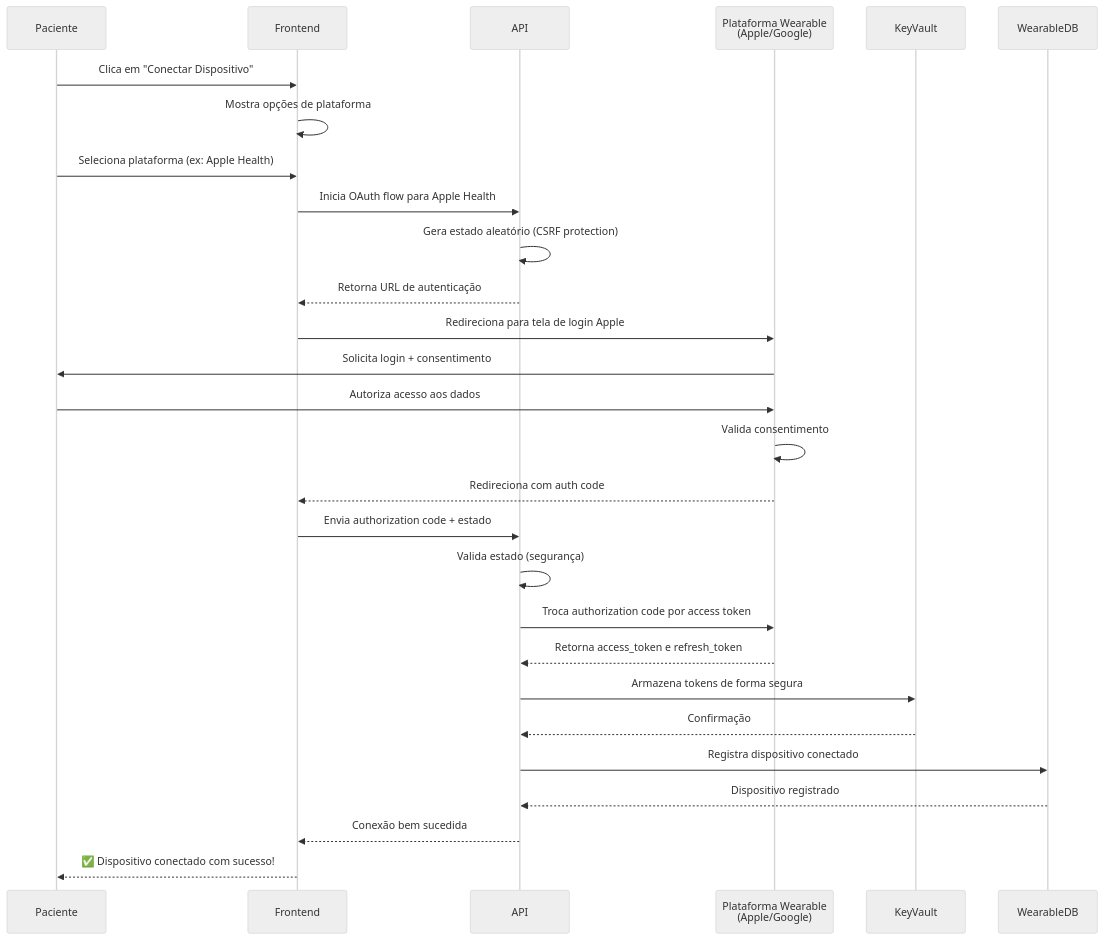
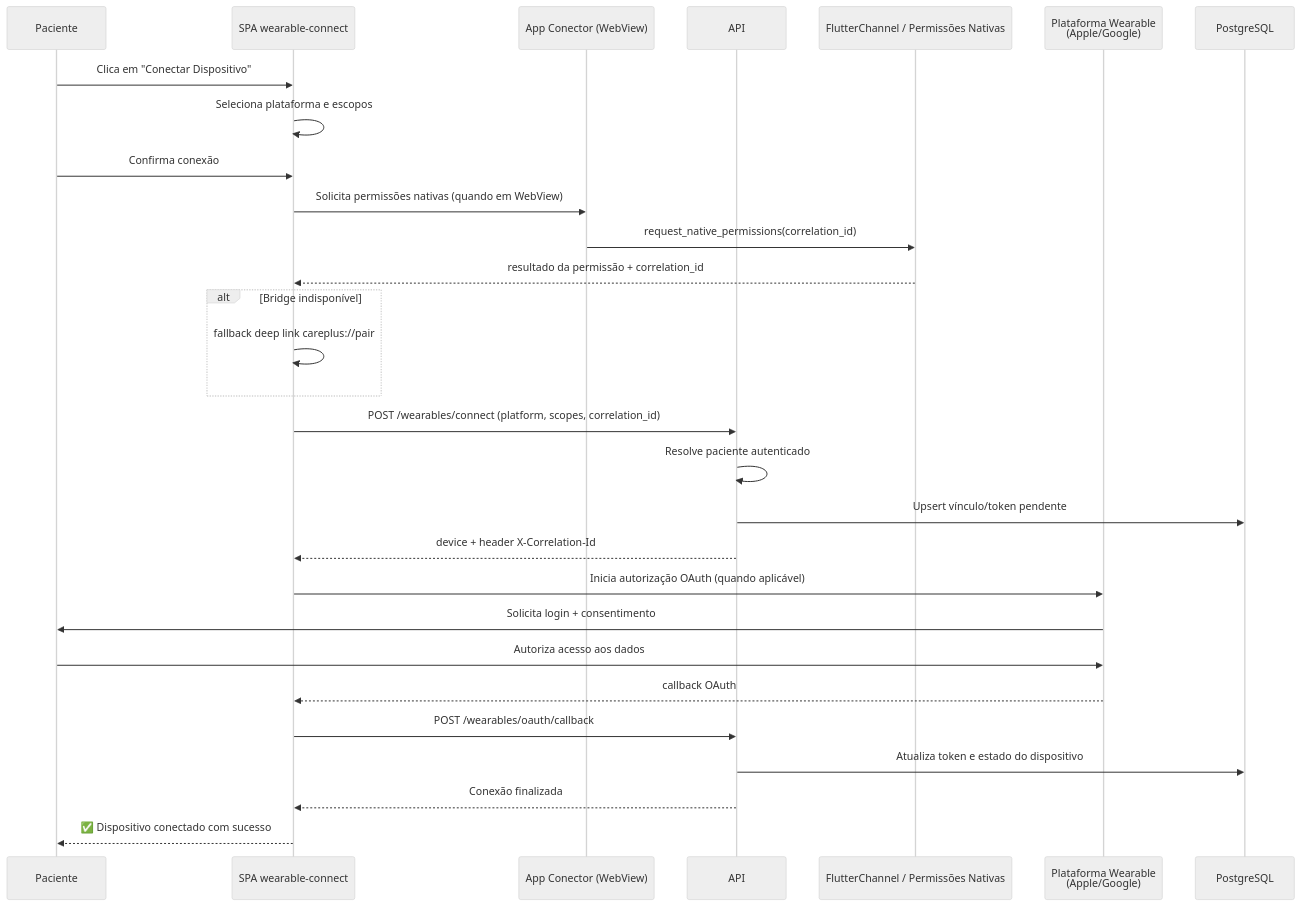
The first of 7 diagrams in DIAGRAMA DE SEQUENCIA.md (ccps1-care-predict/care-plus-ccps1), drawn with Mermaid (neutral theme) before and after one commit. The commit also changed other lines of this file and 7 other files, not shown here.

````diff
--- a/DIAGRAMA DE SEQUENCIA.md
+++ b/DIAGRAMA DE SEQUENCIA.md
@@ -21,44 +21,37 @@
 ```mermaid
 sequenceDiagram
 
 participant Paciente
-participant Frontend
+participant SPA as SPA wearable-connect
+participant Connector as App Conector (WebView)
 participant API
+participant Native as FlutterChannel / Permissões Nativas
 participant PlatformaWearable as Plataforma Wearable<br/>(Apple/Google)
-participant KeyVault
-participant WearableDB
+participant WearableDB as PostgreSQL
 
-Paciente->>Frontend: Clica em "Conectar Dispositivo"
-Frontend->>Frontend: Mostra opções de plataforma
-Paciente->>Frontend: Seleciona plataforma (ex: Apple Health)
+Paciente->>SPA: Clica em "Conectar Dispositivo"
+SPA->>SPA: Seleciona plataforma e escopos
+Paciente->>SPA: Confirma conexão
 
-Frontend->>API: Inicia OAuth flow para Apple Health
-API->>API: Gera estado aleatório (CSRF protection)
+SPA->>Connector: Solicita permissões nativas (quando em WebView)
+Connector->>Native: request_native_permissions(correlation_id)
+Native-->>SPA: resultado da permissão + correlation_id
 
-API-->>Frontend: Retorna URL de autenticação
+alt Bridge indisponível
+    SPA->>SPA: fallback deep link careplus://pair
+end
 
-Frontend->>PlatformaWearable: Redireciona para tela de login Apple
+SPA->>API: POST /wearables/connect (platform, scopes, correlation_id)
+API->>API: Resolve paciente autenticado
+API->>WearableDB: Upsert vínculo/token pendente
+API-->>SPA: device + header X-Correlation-Id
+
+SPA->>PlatformaWearable: Inicia autorização OAuth (quando aplicável)
 PlatformaWearable->>Paciente: Solicita login + consentimento
-
 Paciente->>PlatformaWearable: Autoriza acesso aos dados
-PlatformaWearable->>PlatformaWearable: Valida consentimento
-
-PlatformaWearable-->>Frontend: Redireciona com auth code
-
-Frontend->>API: Envia authorization code + estado
-
-API->>API: Valida estado (segurança)
-API->>PlatformaWearable: Troca authorization code por access token
-
-PlatformaWearable-->>API: Retorna access_token e refresh_token
-
-API->>KeyVault: Armazena tokens de forma segura
-KeyVault-->>API: Confirmação
-
-API->>WearableDB: Registra dispositivo conectado
-
-WearableDB-->>API: Dispositivo registrado
-
-API-->>Frontend: Conexão bem sucedida
-Frontend-->>Paciente: ✅ Dispositivo conectado com sucesso!
+PlatformaWearable-->>SPA: callback OAuth
+SPA->>API: POST /wearables/oauth/callback
+API->>WearableDB: Atualiza token e estado do dispositivo
+API-->>SPA: Conexão finalizada
+SPA-->>Paciente: ✅ Dispositivo conectado com sucesso
 ```
````
